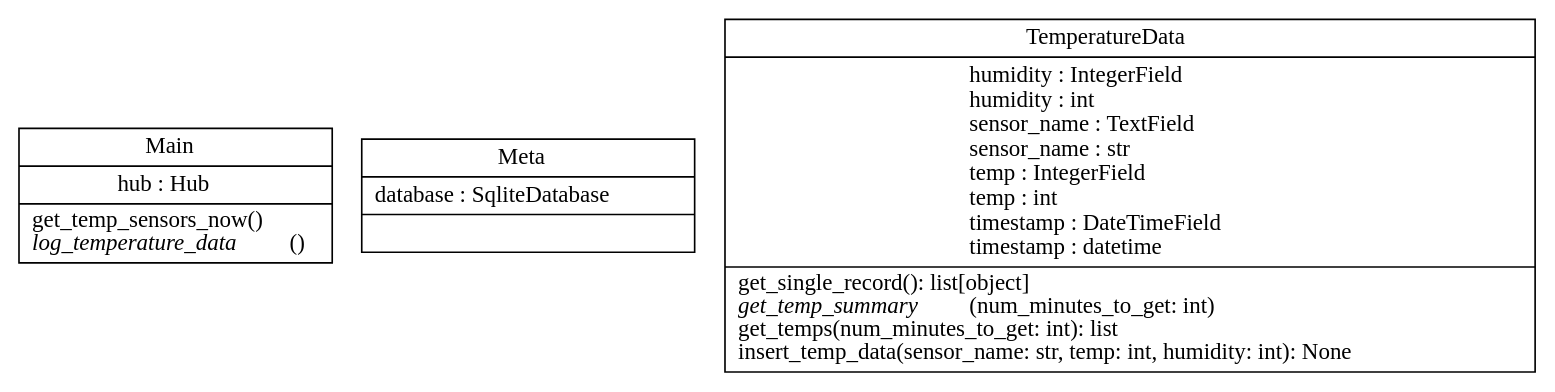
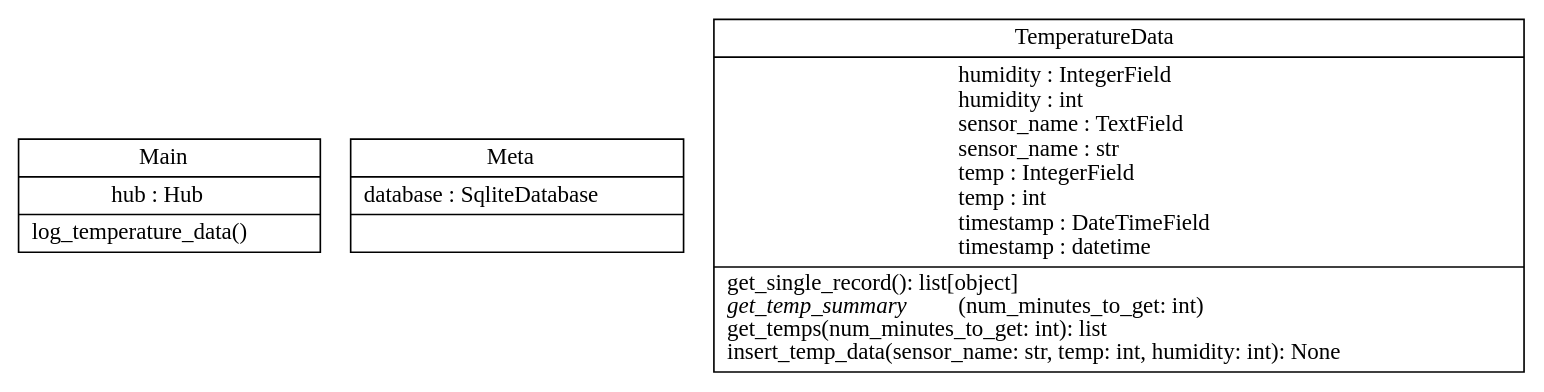
The diagram in docs/classes.dot (Jelloeater/hubitat-temp-logger), drawn with Graphviz before and after one commit. The commit also changed 5 other files, not shown here.

```diff
--- a/docs/classes.dot
+++ b/docs/classes.dot
@@ -1,7 +1,7 @@
 digraph "classes" {
 rankdir=BT
 charset="utf-8"
-"temp_logger.__main__.Main" [color="black", fontcolor="black", label=<{Main|hub : Hub<br ALIGN="LEFT"/>|get_temp_sensors_now()<br ALIGN="LEFT"/><I>log_temperature_data</I>()<br ALIGN="LEFT"/>}>, shape="record", style="solid"];
+"temp_logger.__main__.Main" [color="black", fontcolor="black", label=<{Main|hub : Hub<br ALIGN="LEFT"/>|log_temperature_data()<br ALIGN="LEFT"/>}>, shape="record", style="solid"];
 "temp_logger.db.TemperatureData.Meta" [color="black", fontcolor="black", label=<{Meta|database : SqliteDatabase<br ALIGN="LEFT"/>|}>, shape="record", style="solid"];
 "temp_logger.db.TemperatureData" [color="black", fontcolor="black", label=<{TemperatureData|humidity : IntegerField<br ALIGN="LEFT"/>humidity : int<br ALIGN="LEFT"/>sensor_name : TextField<br ALIGN="LEFT"/>sensor_name : str<br ALIGN="LEFT"/>temp : IntegerField<br ALIGN="LEFT"/>temp : int<br ALIGN="LEFT"/>timestamp : DateTimeField<br ALIGN="LEFT"/>timestamp : datetime<br ALIGN="LEFT"/>|get_single_record(): list[object]<br ALIGN="LEFT"/><I>get_temp_summary</I>(num_minutes_to_get: int)<br ALIGN="LEFT"/>get_temps(num_minutes_to_get: int): list<br ALIGN="LEFT"/>insert_temp_data(sensor_name: str, temp: int, humidity: int): None<br ALIGN="LEFT"/>}>, shape="record", style="solid"];
 }
```
